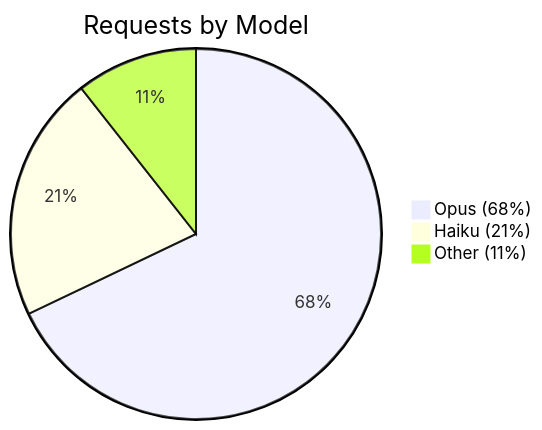
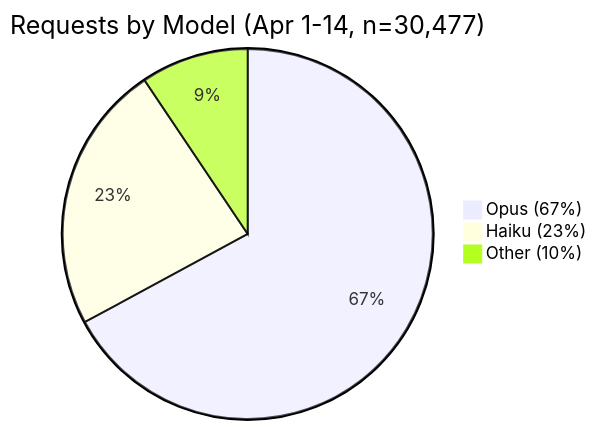
One commit to ArkNill/claude-code-hidden-problem-analysis changed the second of 9 diagrams in 13_PROXY-DATA.md. Above: the diagram before and after it, drawn with Mermaid. The commit also changed other lines of this file and 17 other files, not shown here.

````diff
--- a/13_PROXY-DATA.md
+++ b/13_PROXY-DATA.md
@@ -55,6 +58,6 @@
 ```mermaid
-pie title Requests by Model
-    "Opus (68%)" : 11959
-    "Haiku (21%)" : 3781
-    "Other (11%)" : 1870
+pie title Requests by Model (Apr 1-14, n=30,477)
+    "Opus (67%)" : 20457
+    "Haiku (23%)" : 7157
+    "Other (10%)" : 2867
 ```
````
